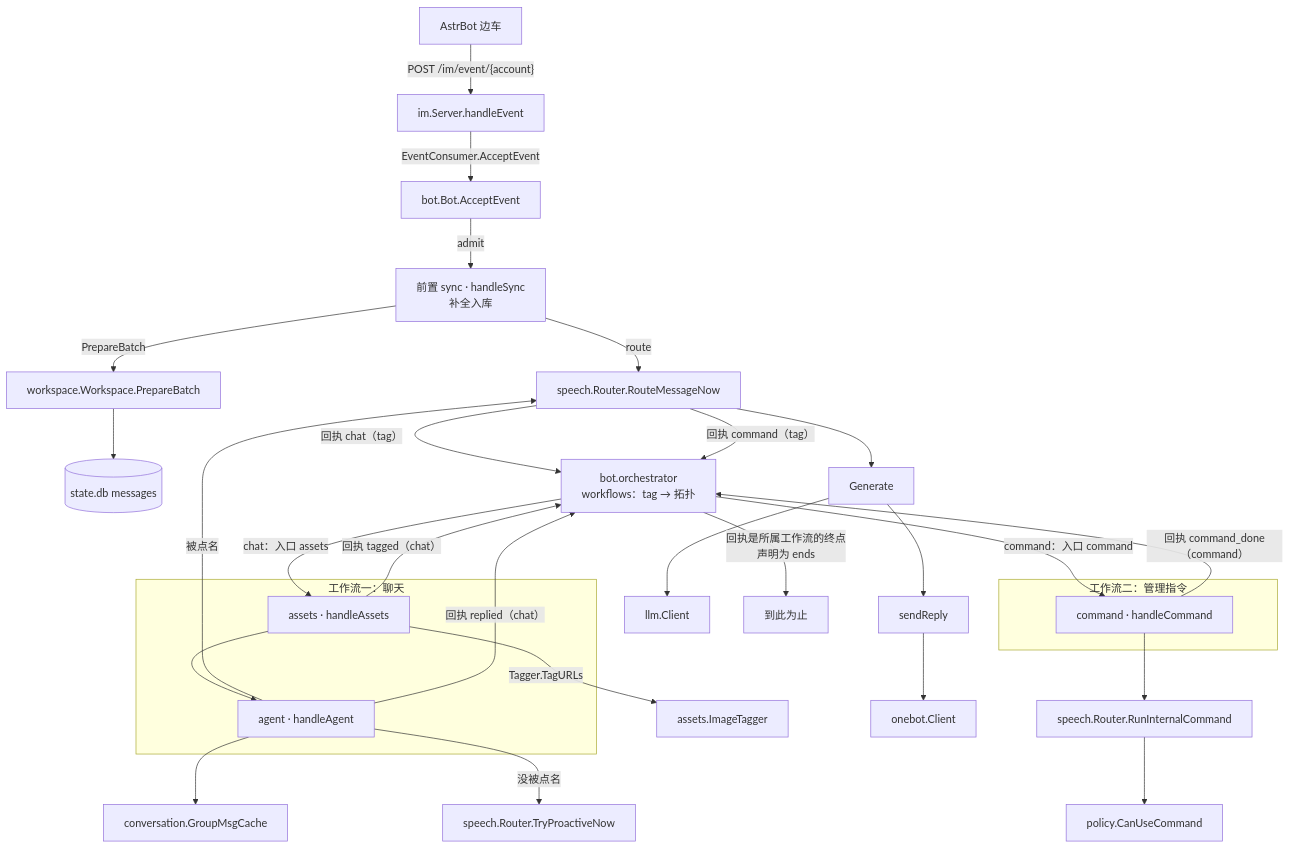
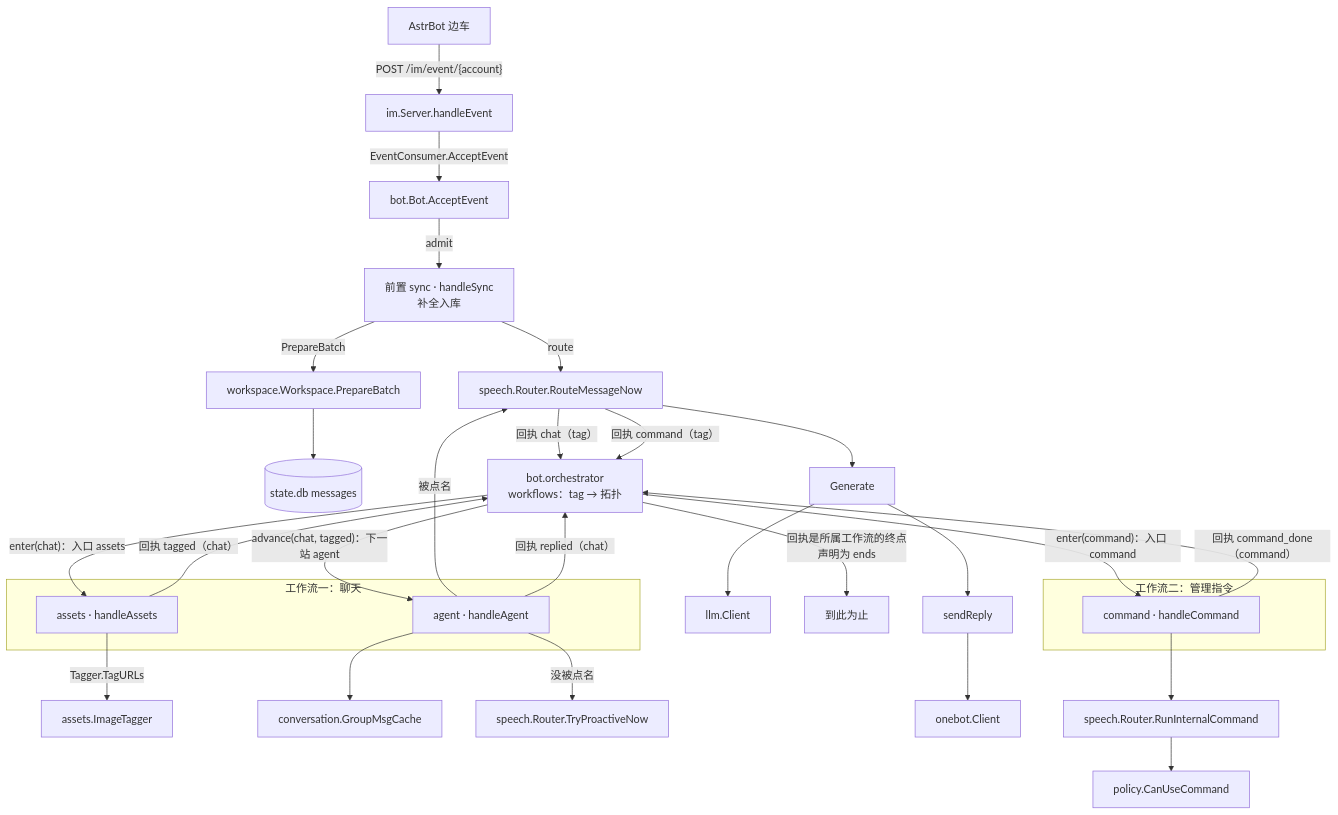
One commit to CanWeakerWriteStrongCode/good-review-master changed the diagram in docs/architecture/message-flow.md. Above: the diagram before and after it, drawn with Mermaid. The commit also changed other lines of this file and 26 other files, not shown here.

````diff
--- a/docs/architecture/message-flow.md
+++ b/docs/architecture/message-flow.md
@@ -9,35 +9,37 @@
 ```mermaid
 flowchart TB
   A["AstrBot 边车"] -->|"POST /im/event/{account}"| IM["im.Server.handleEvent"]
   IM -->|"EventConsumer.AcceptEvent"| AC["bot.Bot.AcceptEvent"]
   AC -->|"admit"| R["前置 sync · handleSync<br/>补全入库"]
   R -->|"PrepareBatch"| WS["workspace.Workspace.PrepareBatch"]
   WS --> DB[("state.db messages")]
   R -->|"route"| RT["router · 只读择路<br/>不是阶段，没有队列"]
   RT -->|"回执 chat（tag）"| O["bot.orchestrator<br/>workflows：tag → 拓扑"]
   RT -->|"回执 command（tag）"| O
 
   subgraph W1["工作流一：聊天"]
-    S2["assets · handleAssets"] --> S3["agent · handleAgent"]
+    S2["assets · handleAssets"]
+    S3["agent · handleAgent"]
   end
   subgraph W2["工作流二：管理指令"]
     SC["command · handleCommand"]
   end
 
-  O -->|"chat：入口 assets"| S2
-  O -->|"command：入口 command"| SC
+  O -->|"enter(chat)：入口 assets"| S2
+  O -->|"advance(chat, tagged)：下一站 agent"| S3
+  O -->|"enter(command)：入口 command"| SC
   S2 -->|"Tagger.TagURLs"| AS["assets.ImageTagger"]
   S2 -->|"回执 tagged（chat）"| O
   S3 --> GC["conversation.GroupMsgCache"]
   S3 -->|"被点名"| RT["speech.Router.RouteMessageNow"]
   S3 -->|"没被点名"| PA["speech.Router.TryProactiveNow"]
   RT --> GEN["Generate"]
   GEN --> LLM["llm.Client"]
   GEN --> DEL["sendReply"]
   DEL --> OB["onebot.Client"]
   SC --> RUN["speech.Router.RunInternalCommand"]
   RUN --> POL["policy.CanUseCommand"]
   S3 -->|"回执 replied（chat）"| O
   SC -->|"回执 command_done（command）"| O
   O -->|"回执是所属工作流的终点<br/>声明为 ends"| END["到此为止"]
 ```
````
